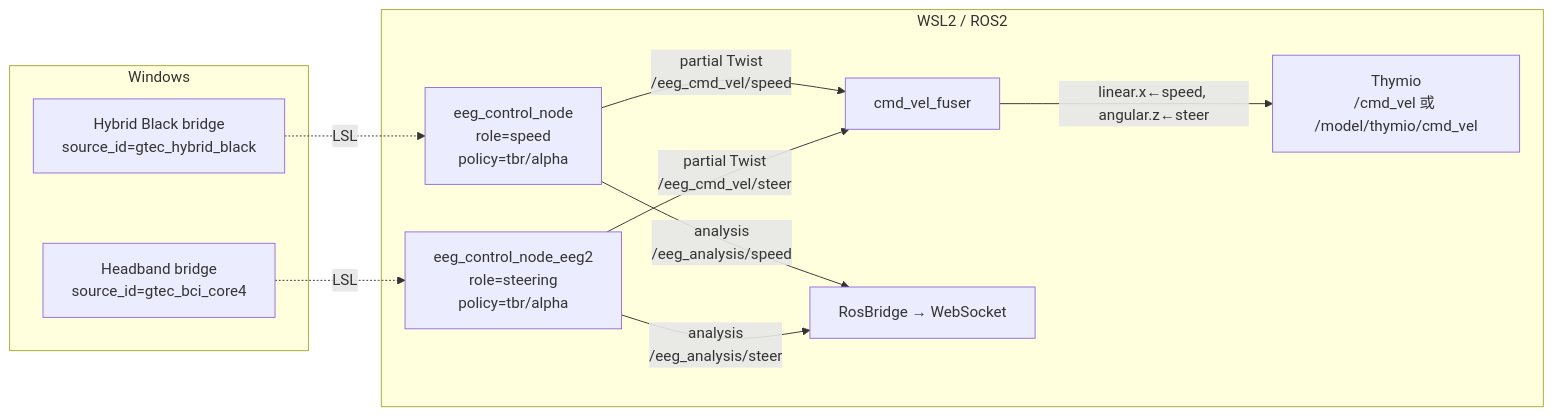
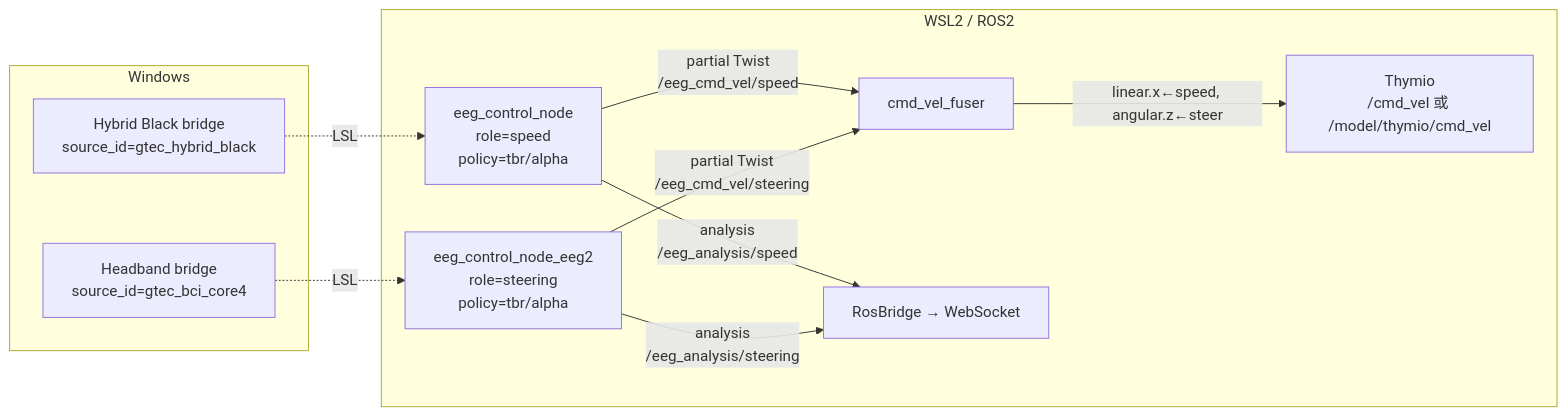
One commit to nicrain/TelekineRob-BCI changed the first of 2 diagrams in docs/PHASE3_DESIGN.md. Above: the diagram before and after it, drawn with Mermaid. The commit also changed other lines of this file, not shown here.

First line of the commit message:
docs(O1): unify dual-device topic suffix to role literal steering

````diff
--- a/docs/PHASE3_DESIGN.md
+++ b/docs/PHASE3_DESIGN.md
@@ -93,20 +93,20 @@
 ```mermaid
 flowchart LR
     subgraph Win[Windows]
         HB[Hybrid Black bridge<br/>source_id=gtec_hybrid_black]
         HD[Headband bridge<br/>source_id=gtec_bci_core4]
     end
     subgraph WSL[WSL2 / ROS2]
         N1[eeg_control_node<br/>role=speed<br/>policy=tbr/alpha]
         N2[eeg_control_node_eeg2<br/>role=steering<br/>policy=tbr/alpha]
         FUS[cmd_vel_fuser]
         ROB[Thymio<br/>/cmd_vel 或 /model/thymio/cmd_vel]
         N1 -->|"partial Twist<br/>/eeg_cmd_vel/speed"| FUS
-        N2 -->|"partial Twist<br/>/eeg_cmd_vel/steer"| FUS
+        N2 -->|"partial Twist<br/>/eeg_cmd_vel/steering"| FUS
         FUS -->|"linear.x←speed, angular.z←steer"| ROB
         N1 -->|"analysis<br/>/eeg_analysis/speed"| WS[RosBridge → WebSocket]
-        N2 -->|"analysis<br/>/eeg_analysis/steer"| WS
+        N2 -->|"analysis<br/>/eeg_analysis/steering"| WS
     end
     HB -.LSL.-> N1
     HD -.LSL.-> N2
 ```
````
